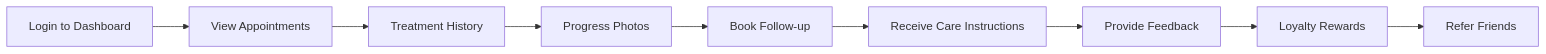
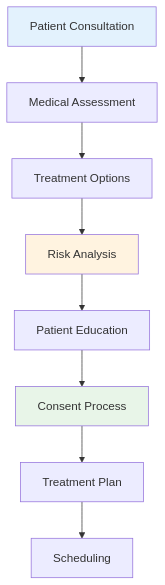
One commit to GrupoUS/neonpro changed the tenth of 12 diagrams in docs/architecture/aesthetic-platform-flows.md. Above: the diagram before and after it, drawn with Mermaid. The commit also changed other lines of this file and 1 other file, not shown here.

````diff
--- a/docs/architecture/aesthetic-platform-flows.md
+++ b/docs/architecture/aesthetic-platform-flows.md
@@ -1664,11 +379,14 @@
 ```mermaid
-flowchart LR
-    A[Login to Dashboard] --> B[View Appointments]
-    B --> C[Treatment History]
-    C --> D[Progress Photos]
-    D --> E[Book Follow-up]
-    E --> F[Receive Care Instructions]
-    F --> G[Provide Feedback]
-    G --> H[Loyalty Rewards]
-    H --> I[Refer Friends]
+flowchart TD
+    A[Patient Consultation] --> B[Medical Assessment]
+    B --> C[Treatment Options]
+    C --> D[Risk Analysis]
+    D --> E[Patient Education]
+    E --> F[Consent Process]
+    F --> G[Treatment Plan]
+    G --> H[Scheduling]
+
+    style A fill:#e3f2fd
+    style D fill:#fff3e0
+    style F fill:#e8f5e8
 ```
````
